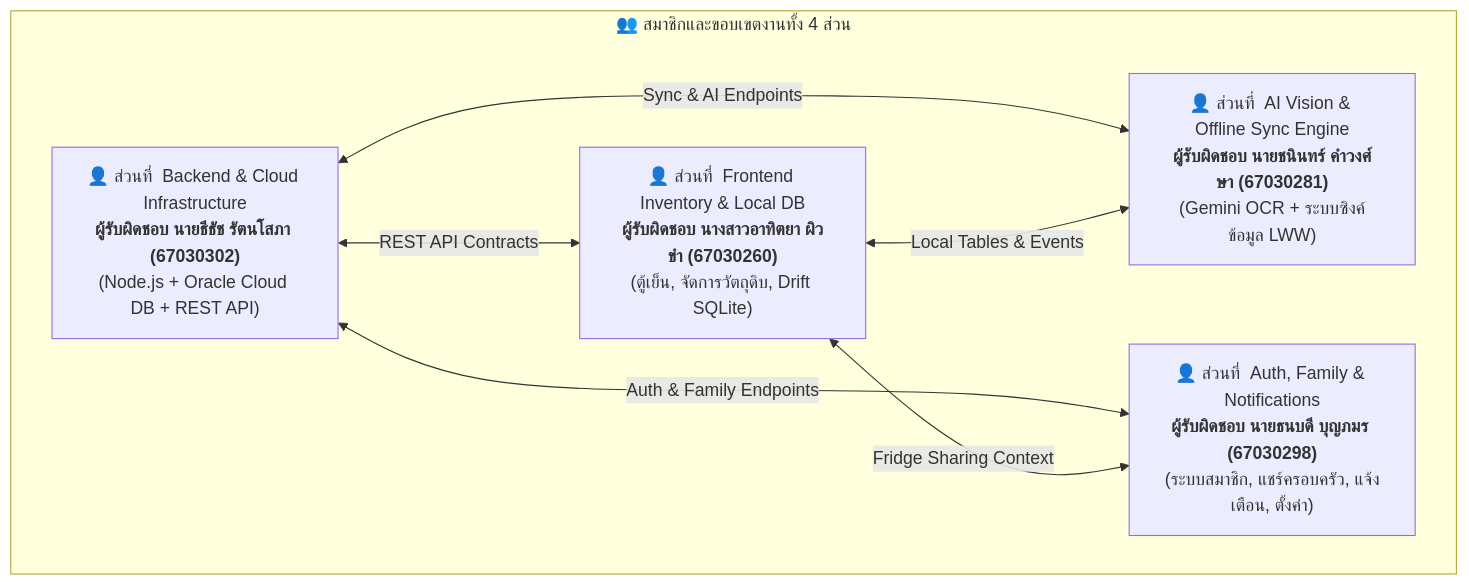
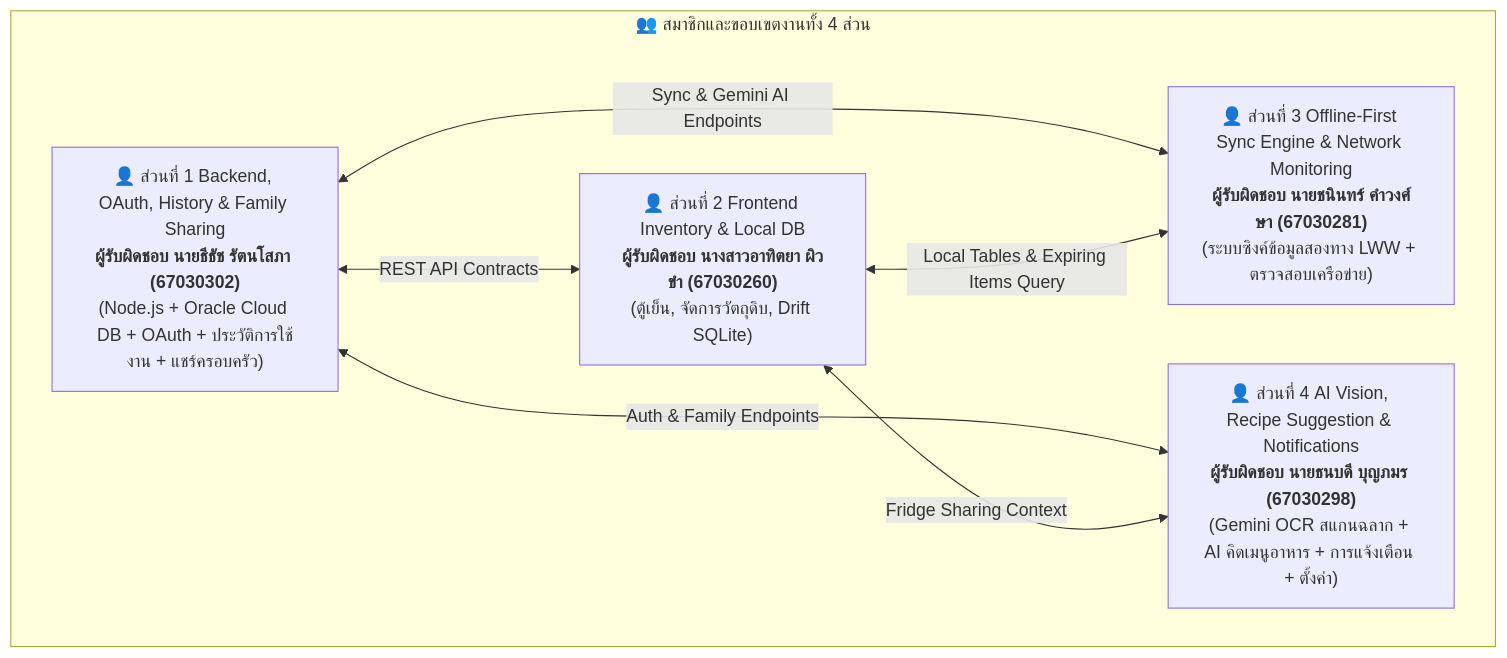
The first of 2 diagrams in docs/TASKS.md (Tanabordi/FM-EAA), drawn with Mermaid before and after one commit. The commit also changed other lines of this file and 225 other files, not shown here.

````diff
--- a/docs/TASKS.md
+++ b/docs/TASKS.md
@@ -9,15 +9,15 @@
 ```mermaid
 flowchart TD
     subgraph Team ["👥 สมาชิกและขอบเขตงานทั้ง 4 ส่วน"]
-        M1["👤 ส่วนที่  Backend & Cloud Infrastructure<br/><b>ผู้รับผิดชอบ นายธีธัช รัตนโสภา (67030302)</b><br/>(Node.js + Oracle Cloud DB + REST API)"]
-        M2["👤 ส่วนที่  Frontend Inventory & Local DB<br/><b>ผู้รับผิดชอบ นางสาวอาทิตยา ผิวขำ (67030260)</b><br/>(ตู้เย็น, จัดการวัตถุดิบ, Drift SQLite)"]
-        M3["👤 ส่วนที่  AI Vision & Offline Sync Engine<br/><b>ผู้รับผิดชอบ นายชนินทร์ คำวงศ์ษา (67030281)</b><br/>(Gemini OCR + ระบบซิงค์ข้อมูล LWW)"]
-        M4["👤 ส่วนที่  Auth, Family & Notifications<br/><b>ผู้รับผิดชอบ นายธนบดี บุญภมร (67030298)</b><br/>(ระบบสมาชิก, แชร์ครอบครัว, แจ้งเตือน, ตั้งค่า)"]
+        M1["👤 ส่วนที่ 1 Backend, OAuth, History & Family Sharing<br/><b>ผู้รับผิดชอบ นายธีธัช รัตนโสภา (67030302)</b><br/>(Node.js + Oracle Cloud DB + OAuth + ประวัติการใช้งาน + แชร์ครอบครัว)"]
+        M2["👤 ส่วนที่ 2 Frontend Inventory & Local DB<br/><b>ผู้รับผิดชอบ นางสาวอาทิตยา ผิวขำ (67030260)</b><br/>(ตู้เย็น, จัดการวัตถุดิบ, Drift SQLite)"]
+        M3["👤 ส่วนที่ 3 Offline-First Sync Engine & Network Monitoring<br/><b>ผู้รับผิดชอบ นายชนินทร์ คำวงศ์ษา (67030281)</b><br/>(ระบบซิงค์ข้อมูลสองทาง LWW + ตรวจสอบเครือข่าย)"]
+        M4["👤 ส่วนที่ 4 AI Vision, Recipe Suggestion & Notifications<br/><b>ผู้รับผิดชอบ นายธนบดี บุญภมร (67030298)</b><br/>(Gemini OCR สแกนฉลาก + AI คิดเมนูอาหาร + การแจ้งเตือน + ตั้งค่า)"]
     end
 
     M1 <-->|"REST API Contracts"| M2
-    M1 <-->|"Sync & AI Endpoints"| M3
+    M1 <-->|"Sync & Gemini AI Endpoints"| M3
     M1 <-->|"Auth & Family Endpoints"| M4
-    M2 <-->|"Local Tables & Events"| M3
+    M2 <-->|"Local Tables & Expiring Items Query"| M3
     M2 <-->|"Fridge Sharing Context"| M4
 ```
````
